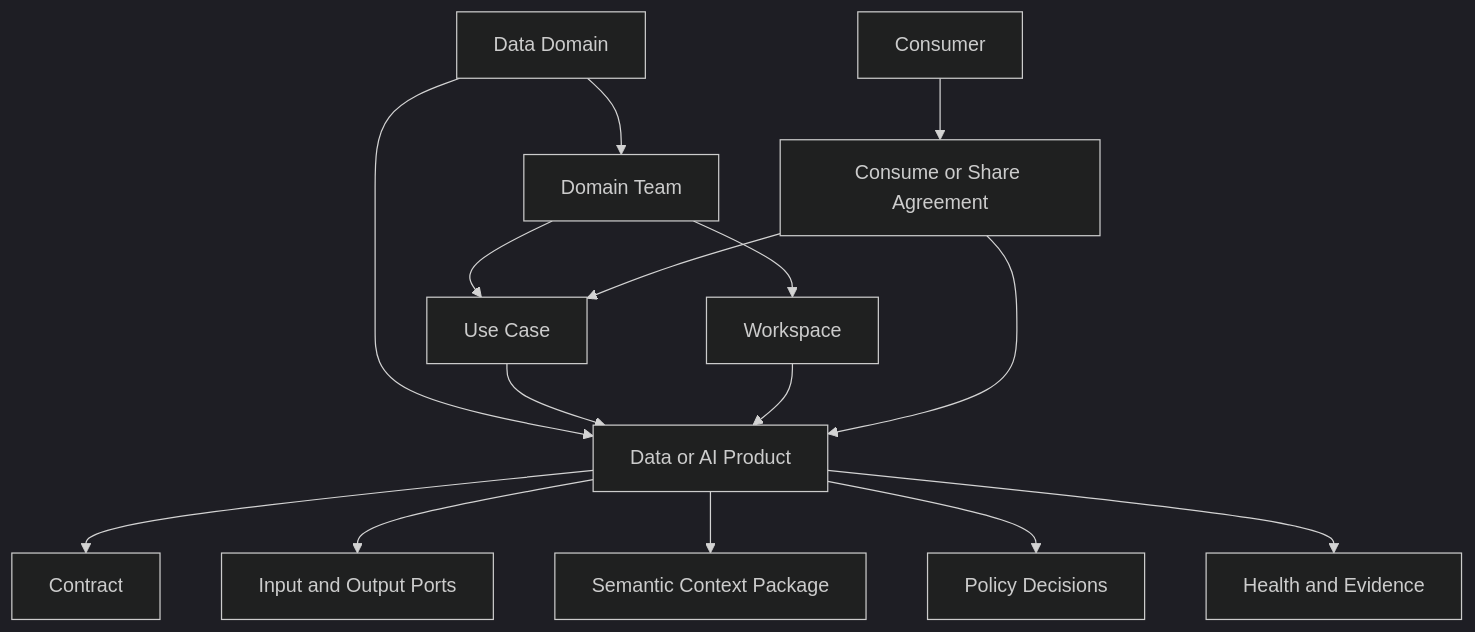
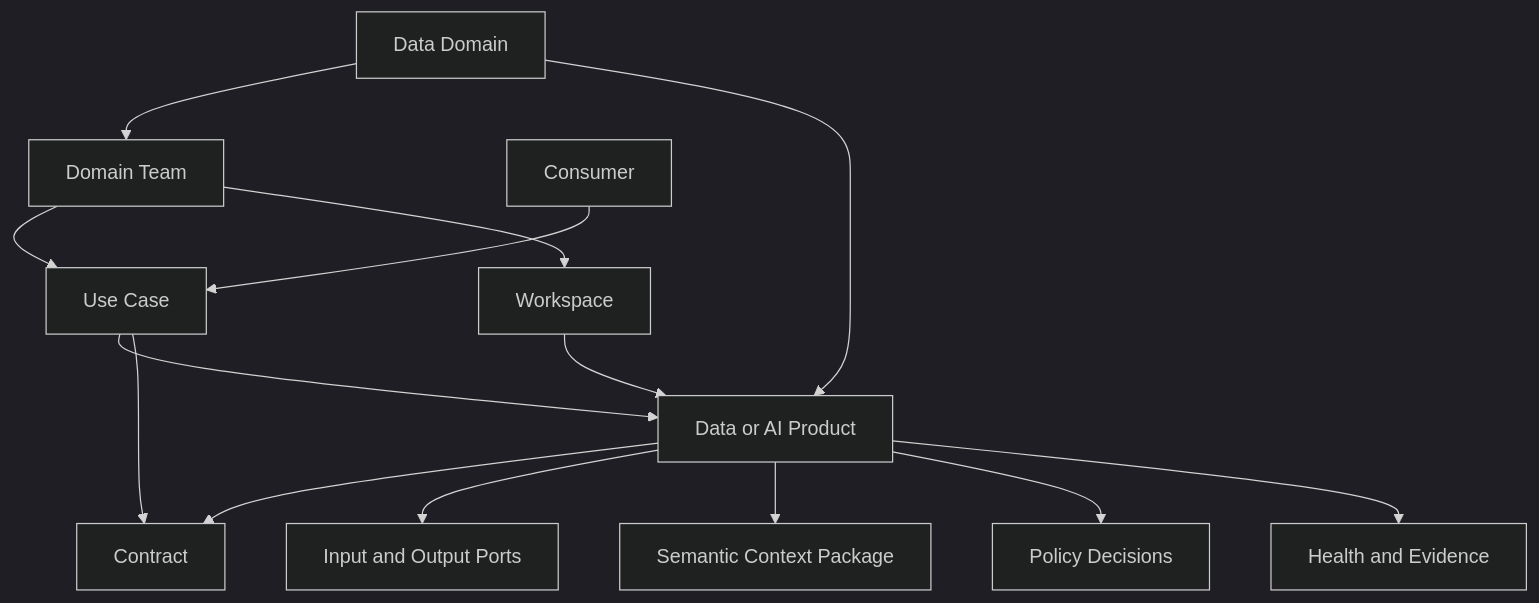
Before and after one commit to cong78/data-foundation-architecture: the third of 4 diagrams in docs/architecture/data-service-portal-model.md, drawn with Mermaid (dark theme). The commit also changed other lines of this file and 1 other file, not shown here.

Commit message:
Consolidate portal flows under data contracts

````diff
--- a/docs/architecture/data-service-portal-model.md
+++ b/docs/architecture/data-service-portal-model.md
@@ -110,17 +110,16 @@
 ```mermaid
 flowchart TB
     DOMAIN[Data Domain] --> TEAM[Domain Team]
     DOMAIN --> PRODUCT
     TEAM --> USE[Use Case]
     USE --> PRODUCT[Data or AI Product]
     TEAM --> SPACE[Workspace]
     SPACE --> PRODUCT
     PRODUCT --> CONTRACT[Contract]
     PRODUCT --> PORTS[Input and Output Ports]
     PRODUCT --> SEM[Semantic Context Package]
     PRODUCT --> POLICY[Policy Decisions]
     PRODUCT --> TRUST[Health and Evidence]
-    CONSUMER[Consumer] --> AGREEMENT[Consume or Share Agreement]
-    AGREEMENT --> PRODUCT
-    AGREEMENT --> USE
+    CONSUMER[Consumer] --> USE
+    USE --> CONTRACT
 ```
````
